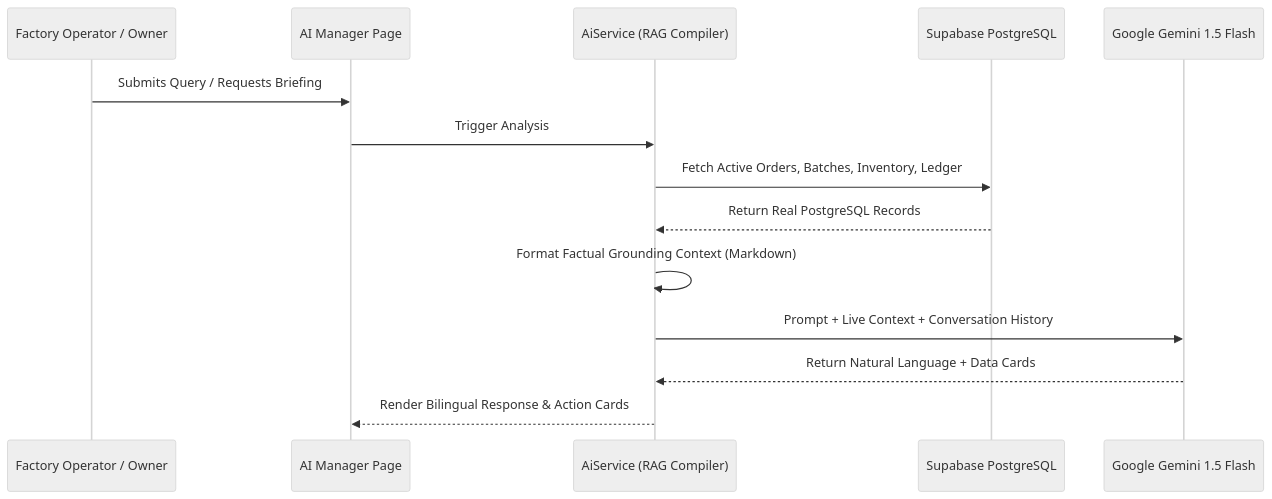
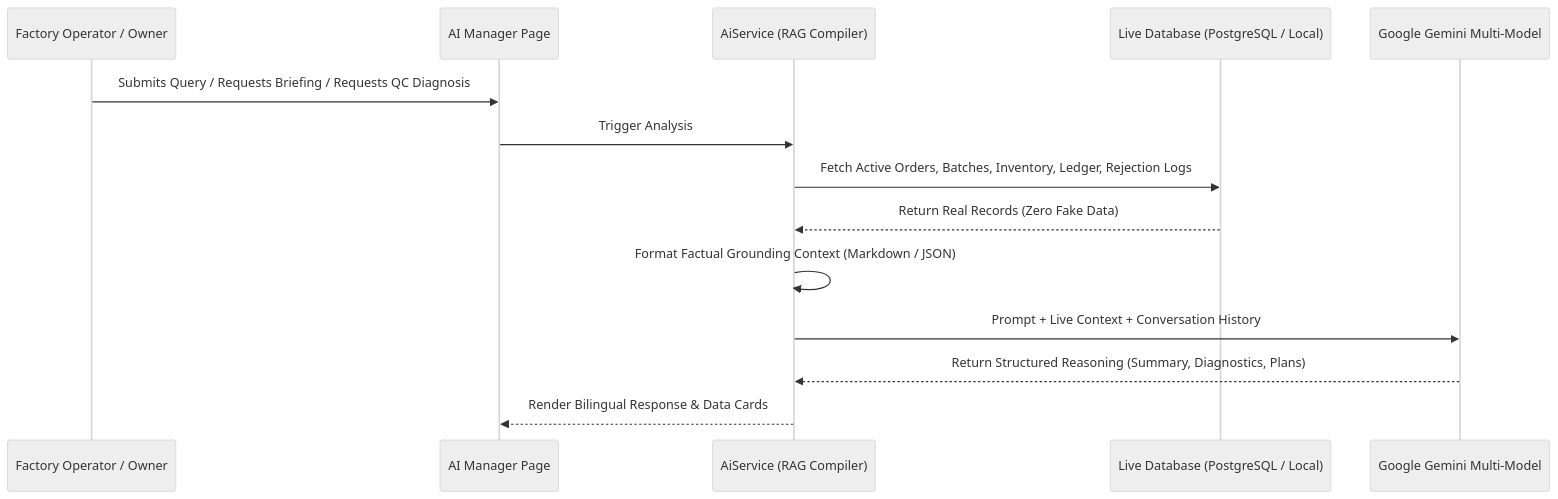
The second of 2 diagrams in ARCHITECTURE.md (kavyakh2005/Factory-AI-Manager), drawn with Mermaid (neutral theme) before and after one commit. The commit also changed other lines of this file and 14 other files, not shown here.

Commit message:
feat: implement Google Gemini AI integration, core business data services, and AI Manager page

````diff
--- a/ARCHITECTURE.md
+++ b/ARCHITECTURE.md
@@ -84,17 +90,17 @@
 ```mermaid
 sequenceDiagram
     participant User as Factory Operator / Owner
     participant UI as AI Manager Page
     participant Service as AiService (RAG Compiler)
-    participant DB as Supabase PostgreSQL
-    participant Gemini as Google Gemini 1.5 Flash
+    participant DB as Live Database (PostgreSQL / Local)
+    participant Gemini as Google Gemini Multi-Model
 
-    User->>UI: Submits Query / Requests Briefing
+    User->>UI: Submits Query / Requests Briefing / Requests QC Diagnosis
     UI->>Service: Trigger Analysis
-    Service->>DB: Fetch Active Orders, Batches, Inventory, Ledger
-    DB-->>Service: Return Real PostgreSQL Records
-    Service->>Service: Format Factual Grounding Context (Markdown)
+    Service->>DB: Fetch Active Orders, Batches, Inventory, Ledger, Rejection Logs
+    DB-->>Service: Return Real Records (Zero Fake Data)
+    Service->>Service: Format Factual Grounding Context (Markdown / JSON)
     Service->>Gemini: Prompt + Live Context + Conversation History
-    Gemini-->>Service: Return Natural Language + Data Cards
-    Service-->>UI: Render Bilingual Response & Action Cards
+    Gemini-->>Service: Return Structured Reasoning (Summary, Diagnostics, Plans)
+    Service-->>UI: Render Bilingual Response & Data Cards
 ```
````
